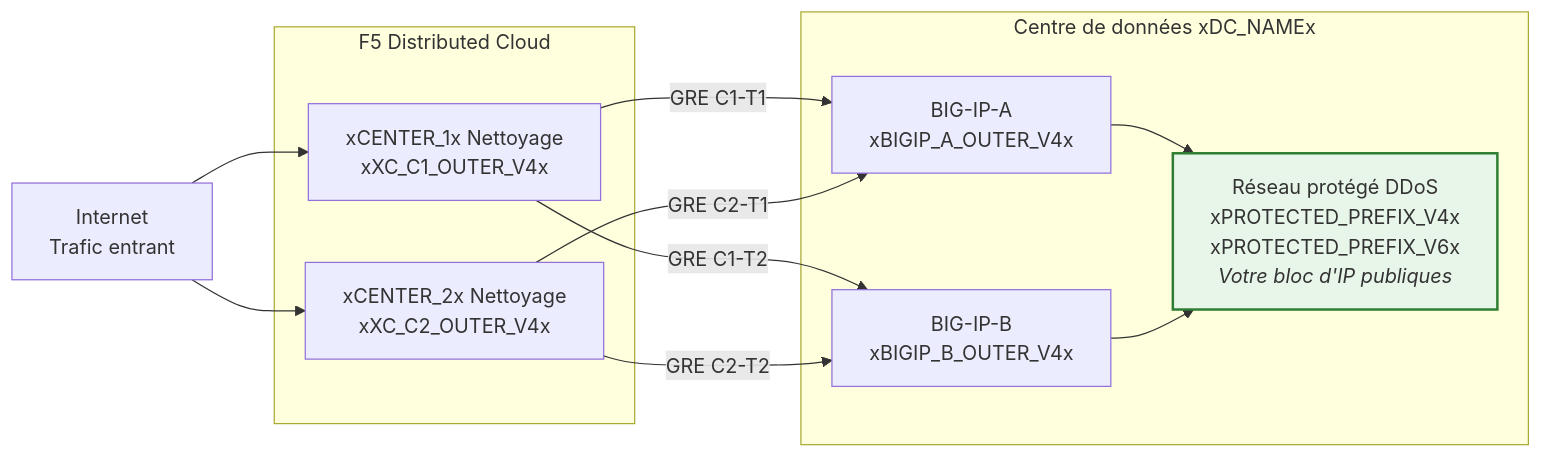
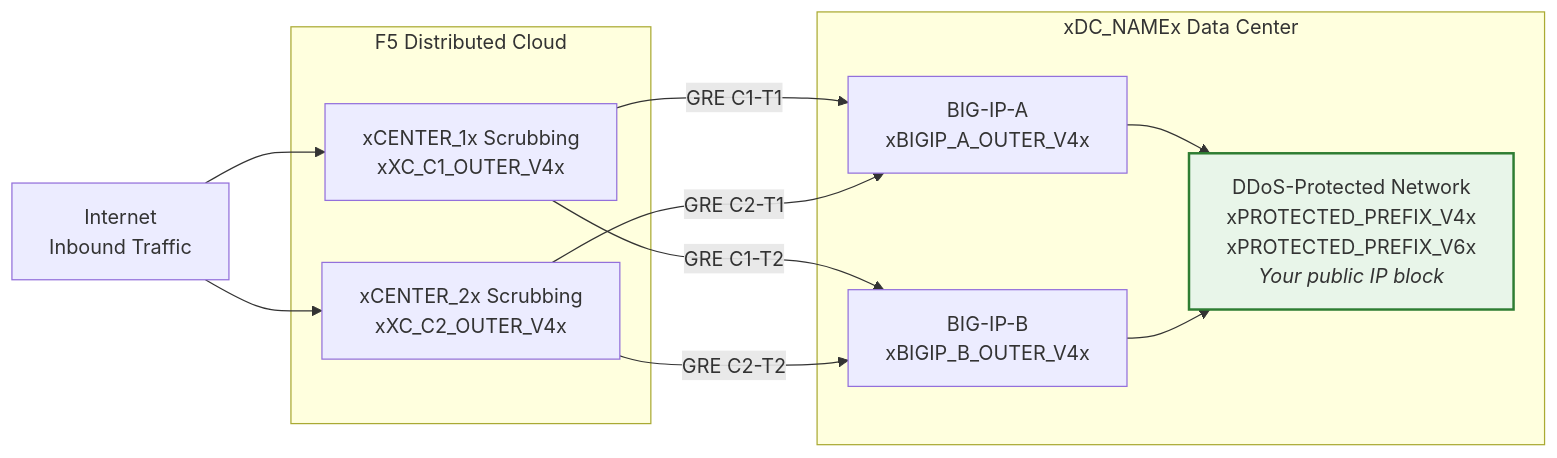
One commit to f5-sales-demo/ddos changed the first of 2 diagrams in docs/fr/topology.mdx. Above: the diagram before and after it, drawn with Mermaid. The commit also changed other lines of this file and 89 other files, not shown here.

````diff
--- a/docs/fr/topology.mdx
+++ b/docs/fr/topology.mdx
@@ -33,26 +32,26 @@
 ```mermaid
 flowchart LR
-    INET["Internet<br/>Trafic entrant"]
+    INET["Internet<br/>Inbound Traffic"]
 
     subgraph XC["F5 Distributed Cloud"]
-        C1["xCENTER_1x Nettoyage<br/>xXC_C1_OUTER_V4x"]
-        C2["xCENTER_2x Nettoyage<br/>xXC_C2_OUTER_V4x"]
+        C1["xCENTER_1x Scrubbing<br/>xXC_C1_OUTER_V4x"]
+        C2["xCENTER_2x Scrubbing<br/>xXC_C2_OUTER_V4x"]
     end
 
-    subgraph DC["Centre de données xDC_NAMEx"]
+    subgraph DC["xDC_NAMEx Data Center"]
         BIGIPA["BIG-IP-A<br/>xBIGIP_A_OUTER_V4x"]
         BIGIPB["BIG-IP-B<br/>xBIGIP_B_OUTER_V4x"]
-        NET["Réseau protégé DDoS<br/>xPROTECTED_PREFIX_V4x<br/>xPROTECTED_PREFIX_V6x<br/><i>Votre bloc d'IP publiques</i>"]
+        NET["DDoS-Protected Network<br/>xPROTECTED_PREFIX_V4x<br/>xPROTECTED_PREFIX_V6x<br/><i>Your public IP block</i>"]
     end
 
     INET --> C1
     INET --> C2
     C1 -- "GRE C1-T1" --> BIGIPA
     C2 -- "GRE C2-T1" --> BIGIPA
     C1 -- "GRE C1-T2" --> BIGIPB
     C2 -- "GRE C2-T2" --> BIGIPB
     BIGIPA --> NET
     BIGIPB --> NET
 
     style NET fill:#e8f5e9,stroke:#2e7d32,stroke-width:2px
 ```
````
